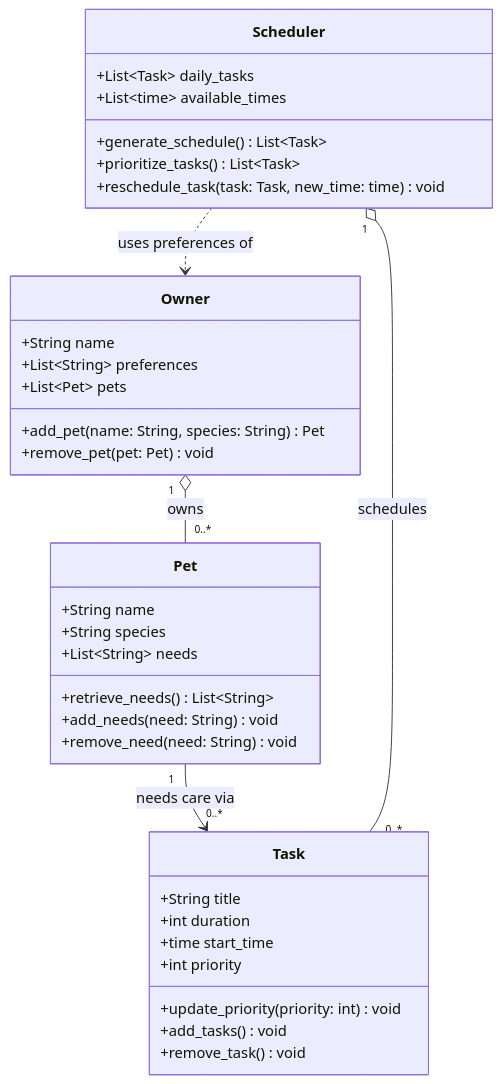
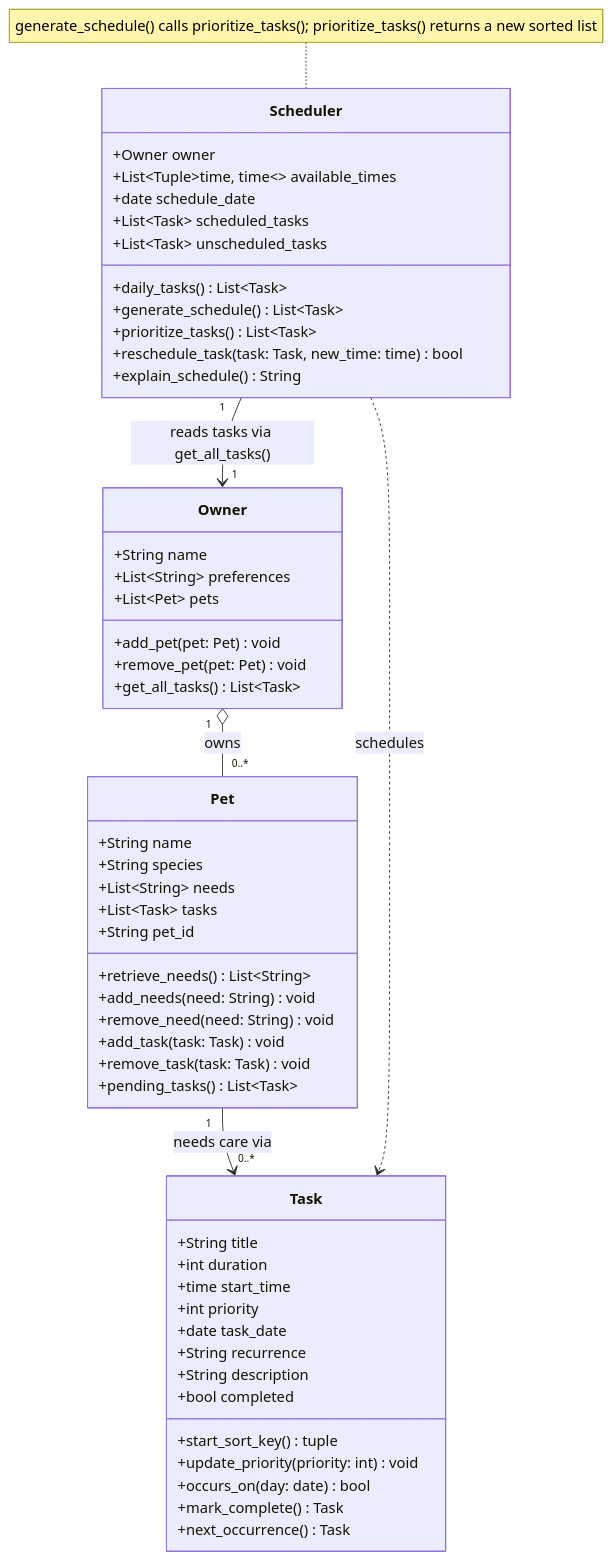
Before and after one commit to Vineface/ai110-module2show-pawpal-starter: the diagram in diagrams/uml.mmd, drawn with Mermaid. The commit also changed 5 other files, not shown here.

```diff
--- a/diagrams/uml.mmd
+++ b/diagrams/uml.mmd
@@ -1,40 +1,58 @@
 classDiagram
     class Owner {
         +String name
         +List~String~ preferences
         +List~Pet~ pets
-        +add_pet(name: String, species: String) Pet
+        +add_pet(pet: Pet) void
         +remove_pet(pet: Pet) void
+        +get_all_tasks() List~Task~
     }
 
     class Pet {
         +String name
         +String species
         +List~String~ needs
+        +List~Task~ tasks
+        +String pet_id
         +retrieve_needs() List~String~
         +add_needs(need: String) void
         +remove_need(need: String) void
+        +add_task(task: Task) void
+        +remove_task(task: Task) void
+        +pending_tasks() List~Task~
     }
 
     class Task {
         +String title
         +int duration
         +time start_time
         +int priority
+        +date task_date
+        +String recurrence
+        +start_sort_key() tuple
+        +String description
+        +bool completed
         +update_priority(priority: int) void
-        +add_tasks() void
-        +remove_task() void
+        +occurs_on(day: date) bool
+        +mark_complete() Task
+        +next_occurrence() Task
     }
 
     class Scheduler {
-        +List~Task~ daily_tasks
-        +List~time~ available_times
+        +Owner owner
+        +List~Tuple~time, time~~ available_times
+        +date schedule_date
+        +List~Task~ scheduled_tasks
+        +List~Task~ unscheduled_tasks
+        +daily_tasks() List~Task~
         +generate_schedule() List~Task~
         +prioritize_tasks() List~Task~
-        +reschedule_task(task: Task, new_time: time) void
+        +reschedule_task(task: Task, new_time: time) bool
+        +explain_schedule() String
     }
 
     Owner "1" o-- "0..*" Pet : owns
     Pet "1" --> "0..*" Task : needs care via
-    Scheduler "1" o-- "0..*" Task : schedules
-    Scheduler ..> Owner : uses preferences of
+    Scheduler "1" --> "1" Owner : reads tasks via get_all_tasks()
+    Scheduler ..> Task : schedules
+    note for Scheduler "generate_schedule() calls prioritize_tasks(); prioritize_tasks() returns a new sorted list"
```
